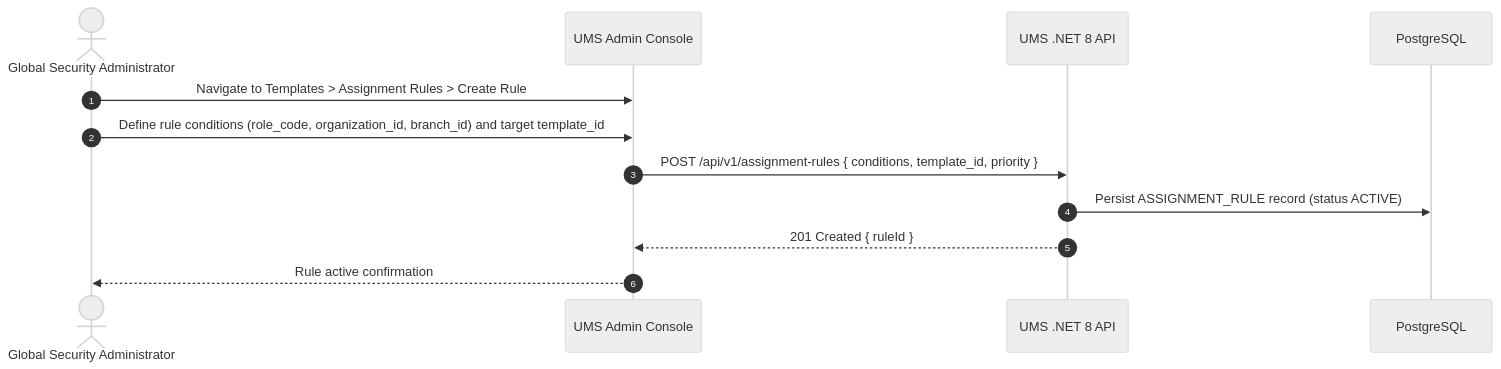
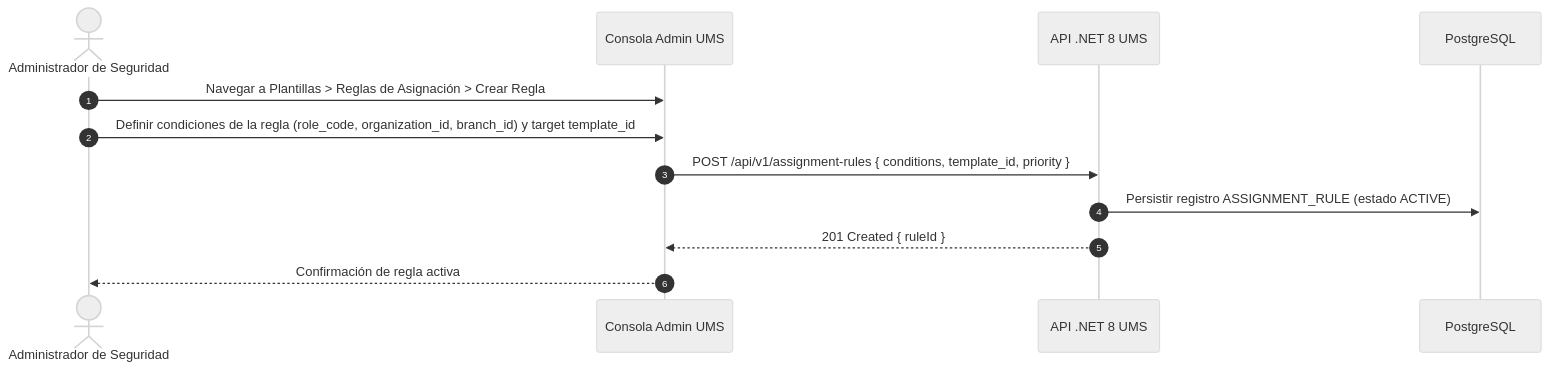
The first of 2 diagrams in src/ums-workspace/docs/es/01-requirements/usecases/uc-07-auto-assign-template.md (beyondnetcode/ums), drawn with Mermaid (neutral theme) before and after one commit. The commit also changed other lines of this file and 6 other files, not shown here.

Commit message:
docs: complete semantic translation of UC-05 to UC-11, unifying language and diagram nodes to Spanish

````diff
--- a/src/ums-workspace/docs/es/01-requirements/usecases/uc-07-auto-assign-template.md
+++ b/src/ums-workspace/docs/es/01-requirements/usecases/uc-07-auto-assign-template.md
@@ -23,15 +21,15 @@
 ```mermaid
 sequenceDiagram
     autonumber
-    actor Admin as Global Security Administrator
-    participant Console as UMS Admin Console
-    participant API as UMS .NET 8 API
+    actor Admin as Administrador de Seguridad
+    participant Console as Consola Admin UMS
+    participant API as API .NET 8 UMS
     participant DB as PostgreSQL
 
-    Admin->>Console: Navigate to Templates > Assignment Rules > Create Rule
-    Admin->>Console: Define rule conditions (role_code, organization_id, branch_id) and target template_id
+    Admin->>Console: Navegar a Plantillas > Reglas de Asignación > Crear Regla
+    Admin->>Console: Definir condiciones de la regla (role_code, organization_id, branch_id) y target template_id
     Console->>API: POST /api/v1/assignment-rules { conditions, template_id, priority }
-    API->>DB: Persist ASSIGNMENT_RULE record (status ACTIVE)
+    API->>DB: Persistir registro ASSIGNMENT_RULE (estado ACTIVE)
     API-->>Console: 201 Created { ruleId }
-    Console-->>Admin: Rule active confirmation
+    Console-->>Admin: Confirmación de regla activa
 ```
````
